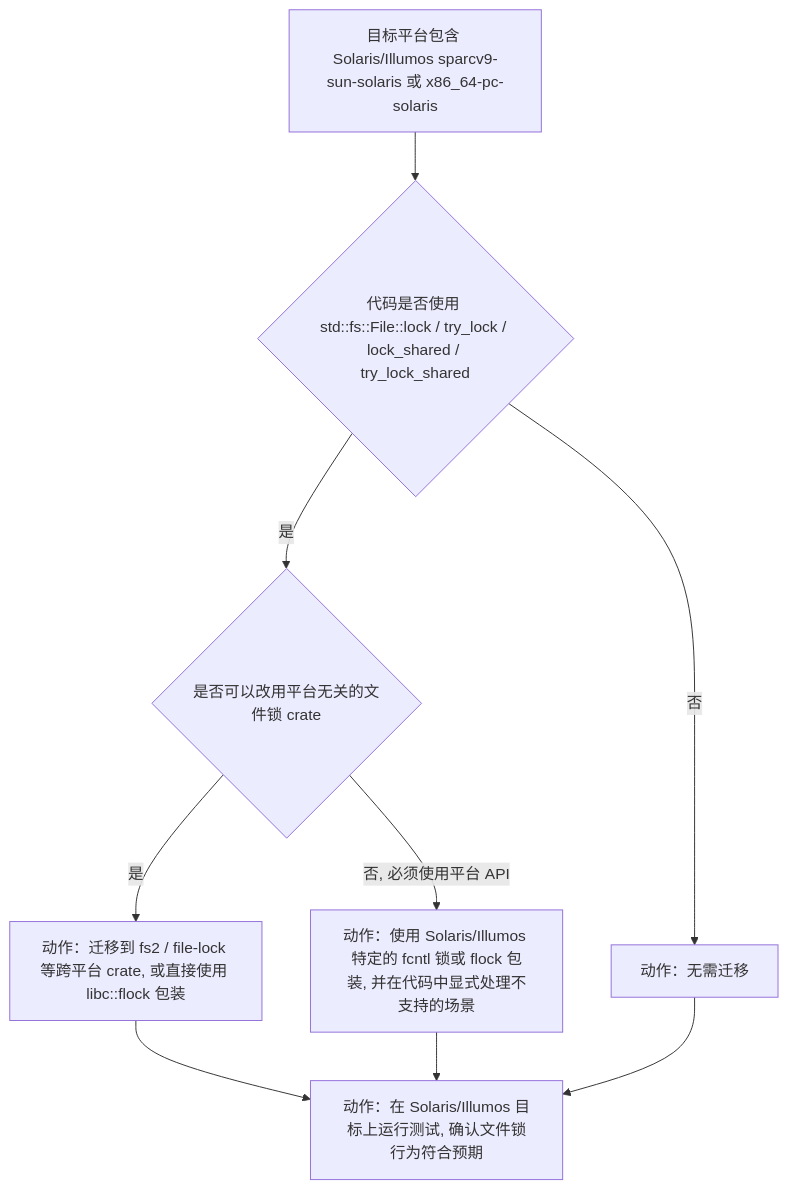
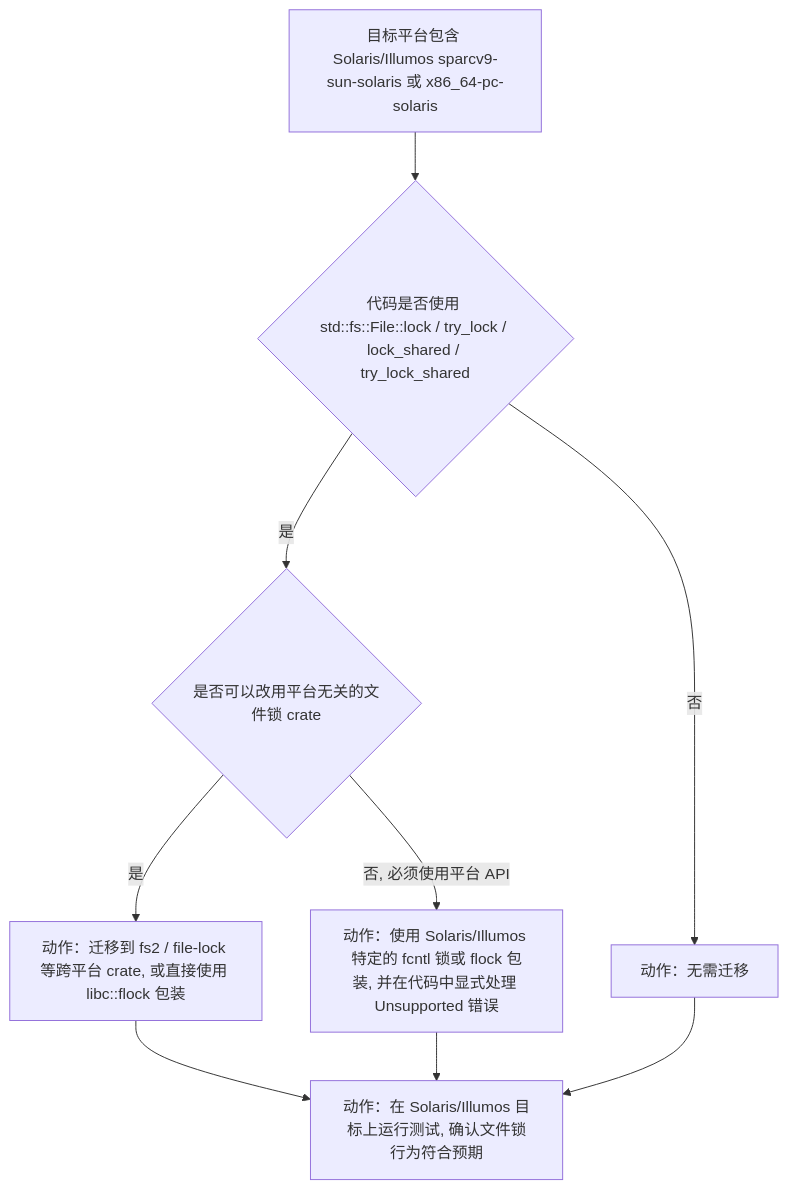
One commit to martin-ly/rust-lang changed the fourth of 16 diagrams in concept/07_future/00_version_tracking/migration_198_decision_tree.md. Above: the diagram before and after it, drawn with Mermaid. The commit also changed other lines of this file and 37 other files, not shown here.

````diff
--- a/concept/07_future/00_version_tracking/migration_198_decision_tree.md
+++ b/concept/07_future/00_version_tracking/migration_198_decision_tree.md
@@ -184,11 +204,11 @@
 ```mermaid
 flowchart TD
     Q0["目标平台包含 Solaris/Illumos sparcv9-sun-solaris 或 x86_64-pc-solaris"] --> Q1{"代码是否使用 std::fs::File::lock / try_lock / lock_shared / try_lock_shared"}
     Q1 -->|否| OK1["动作：无需迁移"]
     Q1 -->|是| Q2{"是否可以改用平台无关的文件锁 crate"}
     Q2 -->|是| A1["动作：迁移到 fs2 / file-lock 等跨平台 crate, 或直接使用 libc::flock 包装"]
-    Q2 -->|否, 必须使用平台 API| A2["动作：使用 Solaris/Illumos 特定的 fcntl 锁或 flock 包装, 并在代码中显式处理不支持的场景"]
+    Q2 -->|否, 必须使用平台 API| A2["动作：使用 Solaris/Illumos 特定的 fcntl 锁或 flock 包装, 并在代码中显式处理 Unsupported 错误"]
     A1 --> V["动作：在 Solaris/Illumos 目标上运行测试, 确认文件锁行为符合预期"]
     A2 --> V
     OK1 --> V
 ```
````
